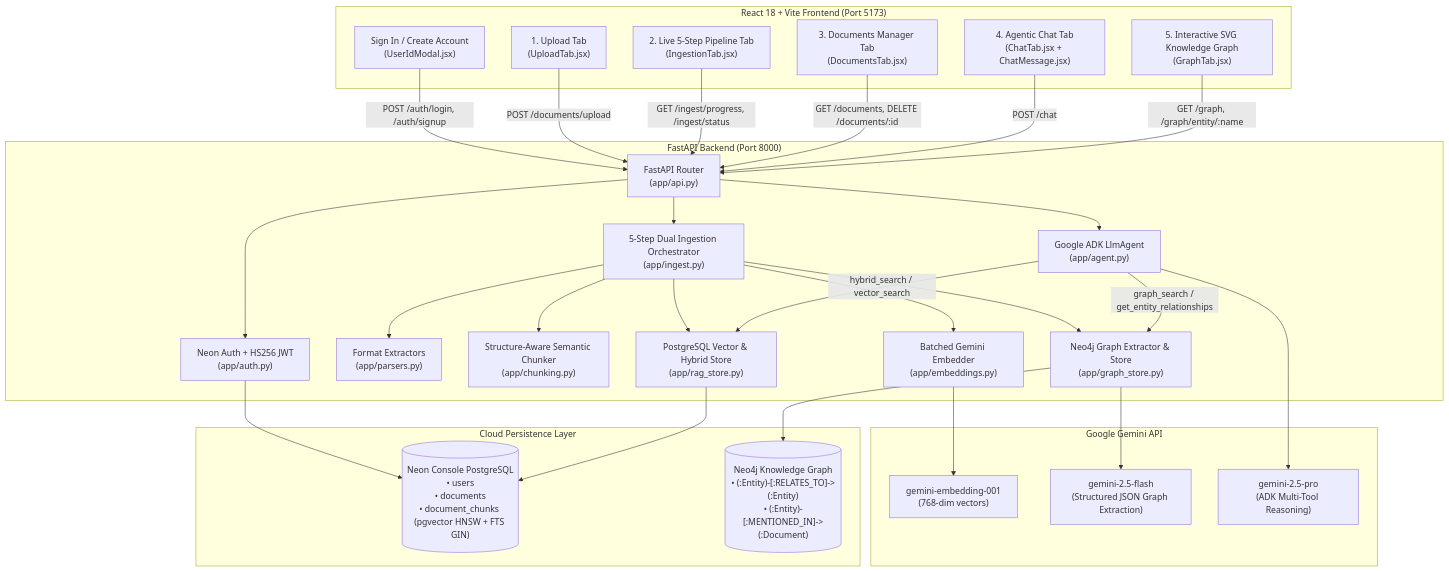
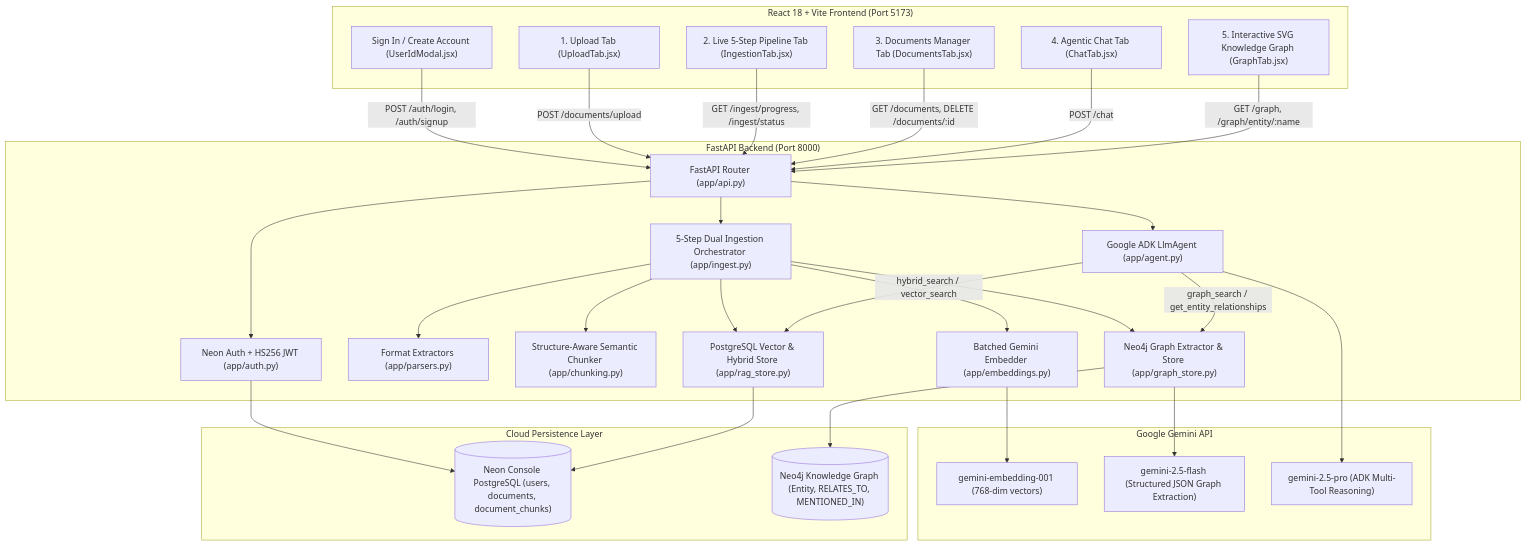
Before and after one commit to Dronanaik/adk_rag: the first of 5 diagrams in docs/ARCHITECTURE.md, drawn with Mermaid. The commit also changed other lines of this file and 10 other files, not shown here.

````diff
--- a/docs/ARCHITECTURE.md
+++ b/docs/ARCHITECTURE.md
@@ -41,61 +41,61 @@
 ```mermaid
 flowchart TB
     subgraph Client["React 18 + Vite Frontend (Port 5173)"]
-        AuthUI["Sign In / Create Account\n(UserIdModal.jsx)"]
-        UploadUI["1. Upload Tab\n(UploadTab.jsx)"]
-        PipelineUI["2. Live 5-Step Pipeline Tab\n(IngestionTab.jsx)"]
-        DocsUI["3. Documents Manager Tab\n(DocumentsTab.jsx)"]
-        ChatUI["4. Agentic Chat Tab\n(ChatTab.jsx + ChatMessage.jsx)"]
-        GraphUI["5. Interactive SVG Knowledge Graph\n(GraphTab.jsx)"]
+        AuthUI["Sign In / Create Account (UserIdModal.jsx)"]
+        UploadUI["1. Upload Tab (UploadTab.jsx)"]
+        PipelineUI["2. Live 5-Step Pipeline Tab (IngestionTab.jsx)"]
+        DocsUI["3. Documents Manager Tab (DocumentsTab.jsx)"]
+        ChatUI["4. Agentic Chat Tab (ChatTab.jsx)"]
+        GraphUI["5. Interactive SVG Knowledge Graph (GraphTab.jsx)"]
     end
 
     subgraph Backend["FastAPI Backend (Port 8000)"]
-        API["FastAPI Router\n(app/api.py)"]
-        AuthSvc["Neon Auth + HS256 JWT\n(app/auth.py)"]
-        IngestSvc["5-Step Dual Ingestion Orchestrator\n(app/ingest.py)"]
-        Parsers["Format Extractors\n(app/parsers.py)"]
-        Chunker["Structure-Aware Semantic Chunker\n(app/chunking.py)"]
-        Embedder["Batched Gemini Embedder\n(app/embeddings.py)"]
-        ADKAgent["Google ADK LlmAgent\n(app/agent.py)"]
-        RagStore["PostgreSQL Vector & Hybrid Store\n(app/rag_store.py)"]
-        GraphStore["Neo4j Graph Extractor & Store\n(app/graph_store.py)"]
+        API["FastAPI Router (app/api.py)"]
+        AuthSvc["Neon Auth + HS256 JWT (app/auth.py)"]
+        IngestSvc["5-Step Dual Ingestion Orchestrator (app/ingest.py)"]
+        Parsers["Format Extractors (app/parsers.py)"]
+        Chunker["Structure-Aware Semantic Chunker (app/chunking.py)"]
+        Embedder["Batched Gemini Embedder (app/embeddings.py)"]
+        ADKAgent["Google ADK LlmAgent (app/agent.py)"]
+        RagStore["PostgreSQL Vector & Hybrid Store (app/rag_store.py)"]
+        GraphStore["Neo4j Graph Extractor & Store (app/graph_store.py)"]
     end
 
     subgraph ExternalAI["Google Gemini API"]
-        GeminiEmbed["gemini-embedding-001\n(768-dim vectors)"]
-        GeminiFlash["gemini-2.5-flash\n(Structured JSON Graph Extraction)"]
-        GeminiPro["gemini-2.5-pro\n(ADK Multi-Tool Reasoning)"]
+        GeminiEmbed["gemini-embedding-001 (768-dim vectors)"]
+        GeminiFlash["gemini-2.5-flash (Structured JSON Graph Extraction)"]
+        GeminiPro["gemini-2.5-pro (ADK Multi-Tool Reasoning)"]
     end
 
     subgraph Storage["Cloud Persistence Layer"]
-        NeonDB[("Neon Console PostgreSQL\n• users\n• documents\n• document_chunks (pgvector HNSW + FTS GIN)")]
-        Neo4jDB[("Neo4j Knowledge Graph\n• (:Entity)-[:RELATES_TO]->(:Entity)\n• (:Entity)-[:MENTIONED_IN]->(:Document)")]
+        NeonDB[("Neon Console PostgreSQL (users, documents, document_chunks)")]
+        Neo4jDB[("Neo4j Knowledge Graph (Entity, RELATES_TO, MENTIONED_IN)")]
     end
 
     AuthUI -->|POST /auth/login, /auth/signup| API
     UploadUI -->|POST /documents/upload| API
     PipelineUI -->|GET /ingest/progress, /ingest/status| API
     DocsUI -->|GET /documents, DELETE /documents/:id| API
     ChatUI -->|POST /chat| API
     GraphUI -->|GET /graph, /graph/entity/:name| API
 
     API --> AuthSvc
     AuthSvc --> NeonDB
 
     API --> IngestSvc
     IngestSvc --> Parsers
     IngestSvc --> Chunker
     IngestSvc --> Embedder
     Embedder --> GeminiEmbed
     IngestSvc --> RagStore
     IngestSvc --> GraphStore
     GraphStore --> GeminiFlash
 
     API --> ADKAgent
     ADKAgent --> GeminiPro
     ADKAgent -->|hybrid_search / vector_search| RagStore
     ADKAgent -->|graph_search / get_entity_relationships| GraphStore
 
     RagStore --> NeonDB
     GraphStore --> Neo4jDB
 ```
````
